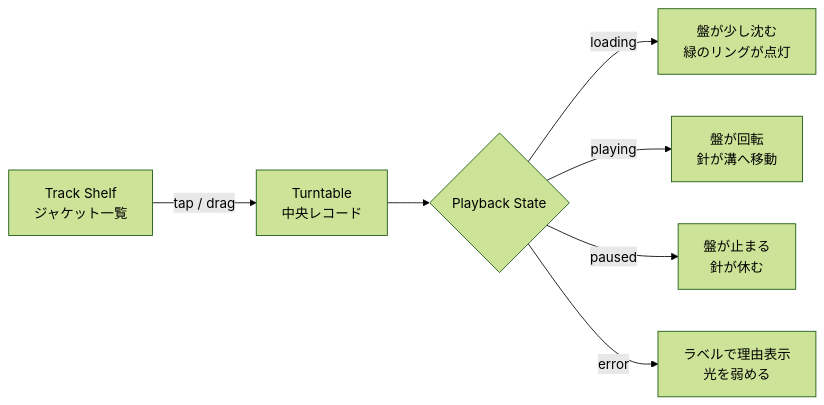
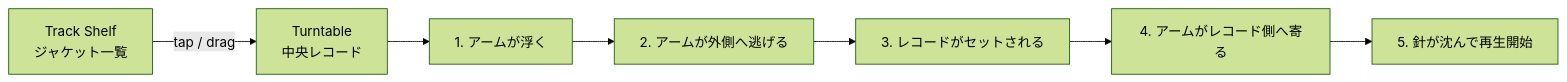
Before and after one commit to kumakitiho/Spotify-Brawser: the diagram in docs/record-player-as-is-to-be.md, drawn with Mermaid (forest theme). The commit also changed other lines of this file, not shown here.

Commit message:
Update record player animation sequence brief

````diff
--- a/docs/record-player-as-is-to-be.md
+++ b/docs/record-player-as-is-to-be.md
@@ -33,9 +33,9 @@
 ```mermaid
 flowchart LR
     A[Track Shelf<br/>ジャケット一覧] -->|tap / drag| B[Turntable<br/>中央レコード]
-    B --> C{Playback State}
-    C -->|loading| D[盤が少し沈む<br/>緑のリングが点灯]
-    C -->|playing| E[盤が回転<br/>針が溝へ移動]
-    C -->|paused| F[盤が止まる<br/>針が休む]
-    C -->|error| G[ラベルで理由表示<br/>光を弱める]
+    B --> C[1. アームが浮く]
+    C --> D[2. アームが外側へ逃げる]
+    D --> E[3. レコードがセットされる]
+    E --> F[4. アームがレコード側へ寄る]
+    F --> G[5. 針が沈んで再生開始]
 ```
````
